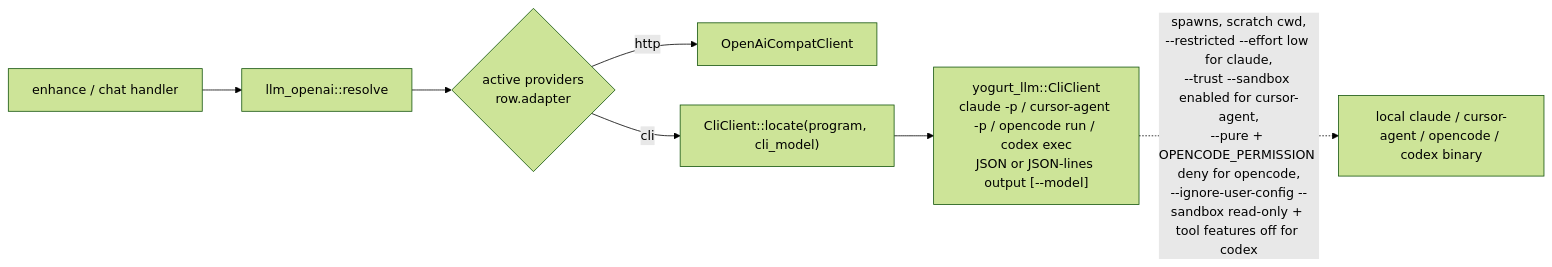
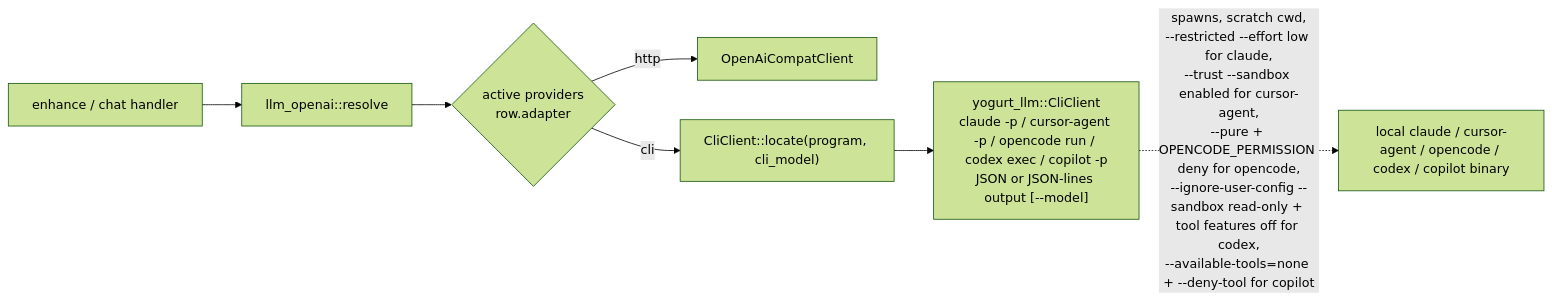
One commit to jarvisrchen/yogurt changed the ninth of 14 diagrams in docs/ARCHITECTURE.md. Above: the diagram before and after it, drawn with Mermaid (forest theme). The commit also changed other lines of this file and 19 other files, not shown here.

First line of the commit message:
LLM-17: Add GitHub Copilot as a local CLI provider (#258)

````diff
--- a/docs/ARCHITECTURE.md
+++ b/docs/ARCHITECTURE.md
@@ -579,9 +579,9 @@
 ```mermaid
 graph LR
     ENH2["enhance / chat handler"] --> RES["llm_openai::resolve"]
     RES --> ROW{"active providers<br/>row.adapter"}
     ROW -->|"http"| PRIM["OpenAiCompatClient"]
     ROW -->|"cli"| DIRECT["CliClient::locate(program, cli_model)"]
-    DIRECT --> CLI["yogurt_llm::CliClient<br/>claude -p / cursor-agent -p / opencode run / codex exec<br/>JSON or JSON-lines output [--model]"]
-    CLI -.->|"spawns, scratch cwd,<br/>--restricted --effort low for claude,<br/>--trust --sandbox enabled for cursor-agent,<br/>--pure + OPENCODE_PERMISSION deny for opencode,<br/>--ignore-user-config --sandbox read-only + tool features off for codex"| BIN["local claude / cursor-agent / opencode / codex binary"]
+    DIRECT --> CLI["yogurt_llm::CliClient<br/>claude -p / cursor-agent -p / opencode run / codex exec / copilot -p<br/>JSON or JSON-lines output [--model]"]
+    CLI -.->|"spawns, scratch cwd,<br/>--restricted --effort low for claude,<br/>--trust --sandbox enabled for cursor-agent,<br/>--pure + OPENCODE_PERMISSION deny for opencode,<br/>--ignore-user-config --sandbox read-only + tool features off for codex,<br/>--available-tools=none + --deny-tool for copilot"| BIN["local claude / cursor-agent / opencode / codex / copilot binary"]
 ```
````
